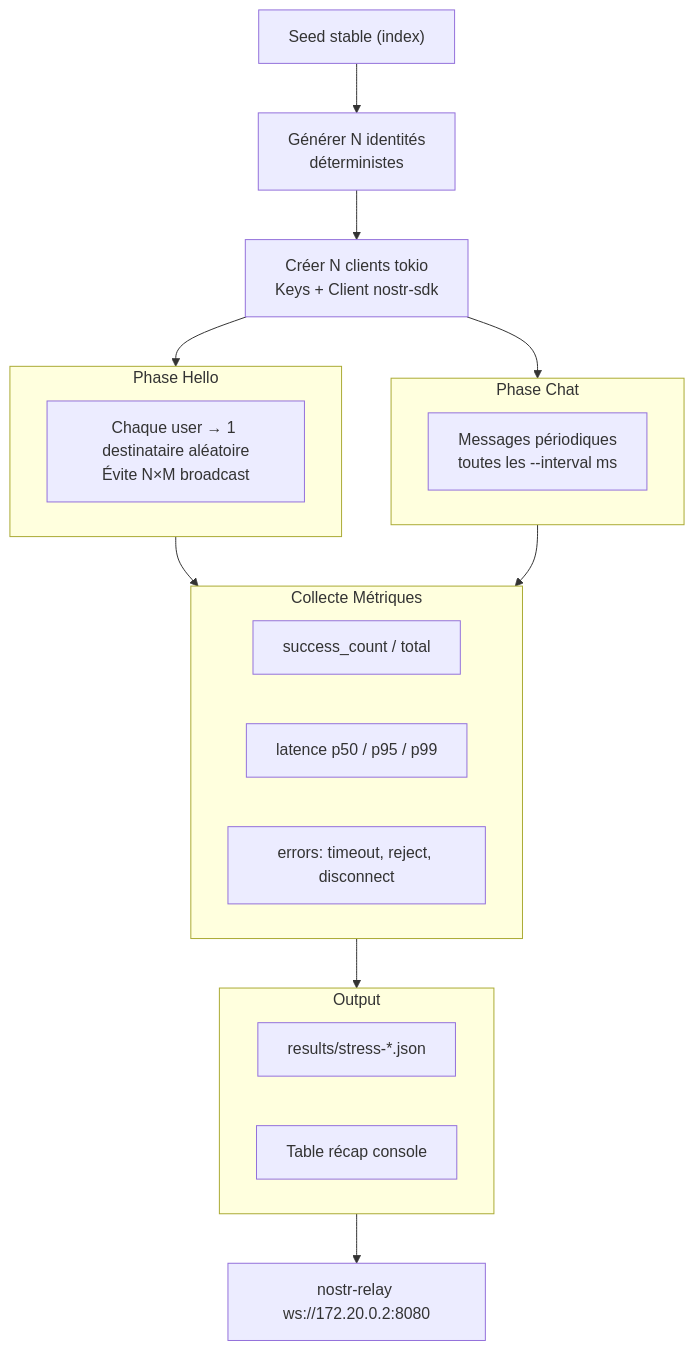
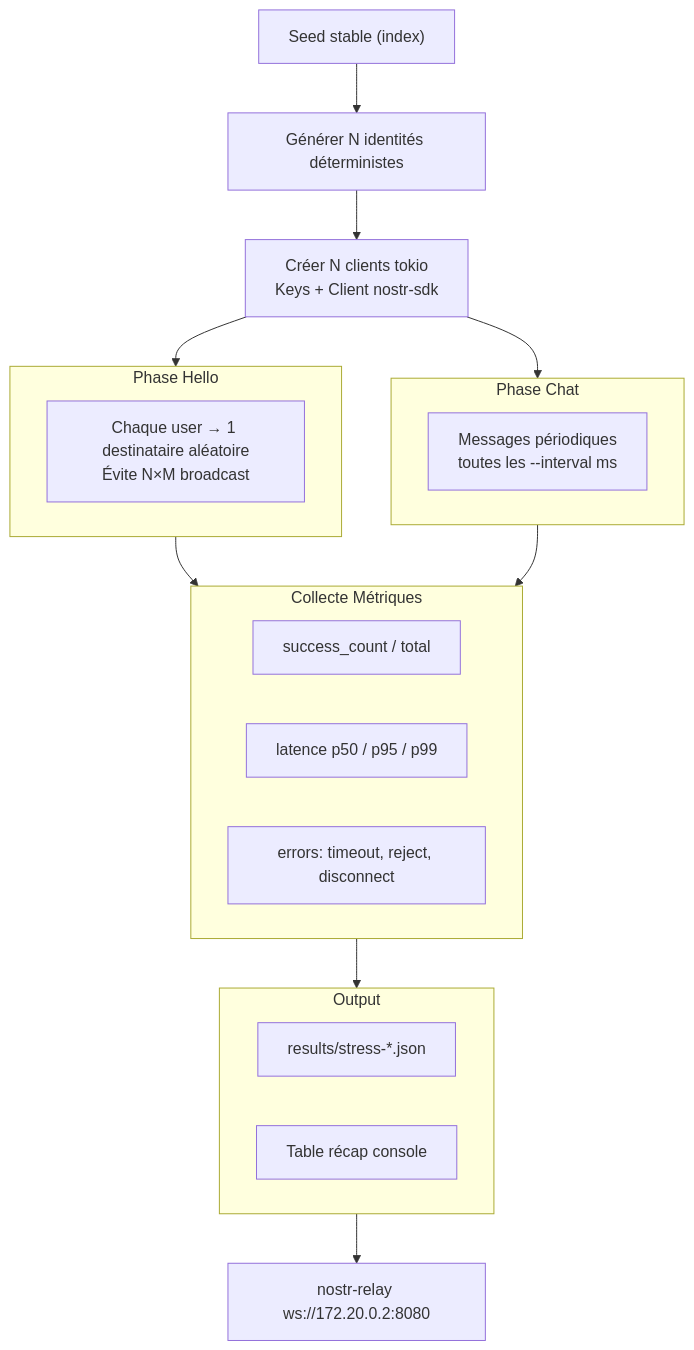
One commit to giak/reseau-racine changed the ninth of 13 diagrams in docs/ARCHITECTURE.md. Above: the diagram before and after it, drawn with Mermaid. The commit also changed other lines of this file, not shown here.

Commit message:
docs: full ARCHITECTURE.md — all epics, CI, devcontainer, fuzz, identity lifecycle

````diff
--- a/docs/ARCHITECTURE.md
+++ b/docs/ARCHITECTURE.md
@@ -133,33 +285,33 @@
 ```mermaid
 flowchart TD
     SEED["Seed stable (index)"]
-    GEN["Générer N identités<br/>déterministes"]
+    GEN["Générer N identités déterministes"]
     CLIENTS["Créer N clients tokio<br/>Keys + Client nostr-sdk"]
 
-    subgraph Phase_Hello["Phase Hello"]
+    subgraph PHASE_HELLO["Phase Hello"]
         HELLO["Chaque user → 1 destinataire aléatoire<br/>Évite N×M broadcast"]
     end
 
-    subgraph Phase_Chat["Phase Chat"]
+    subgraph PHASE_CHAT["Phase Chat"]
         CHAT["Messages périodiques<br/>toutes les --interval ms"]
     end
 
     subgraph COLLECT["Collecte Métriques"]
         SUCCESS["success_count / total"]
         LATENCY["latence p50 / p95 / p99"]
         ERRORS["errors: timeout, reject, disconnect"]
     end
 
     subgraph OUTPUT["Output"]
         JSON["results/stress-*.json"]
         TABLE["Table récap console"]
     end
 
     SEED --> GEN --> CLIENTS
-    CLIENTS --> Phase_Hello
-    CLIENTS --> Phase_Chat
-    Phase_Hello --> COLLECT
-    Phase_Chat --> COLLECT
+    CLIENTS --> PHASE_HELLO
+    CLIENTS --> PHASE_CHAT
+    PHASE_HELLO --> COLLECT
+    PHASE_CHAT --> COLLECT
     COLLECT --> OUTPUT
     OUTPUT --> RELAY["nostr-relay ws://172.20.0.2:8080"]
 ```
````
